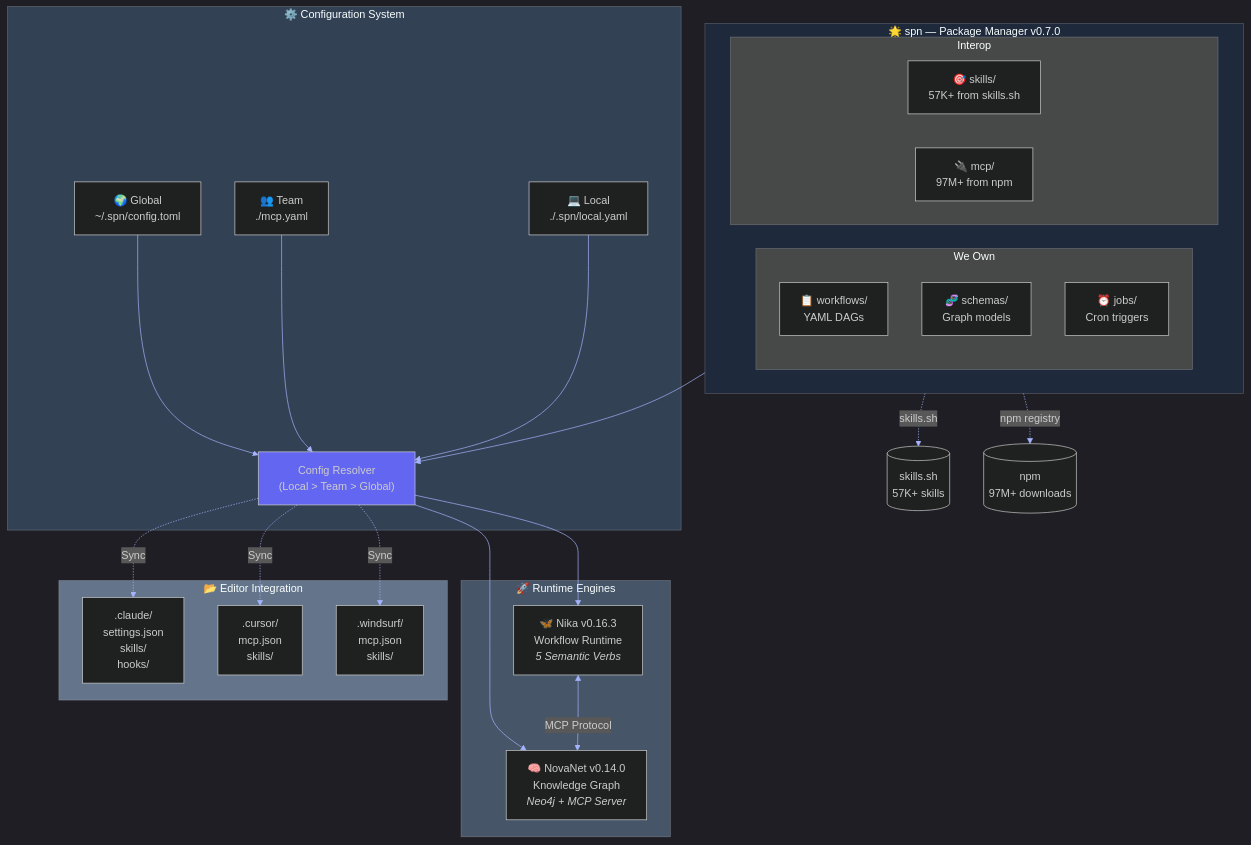
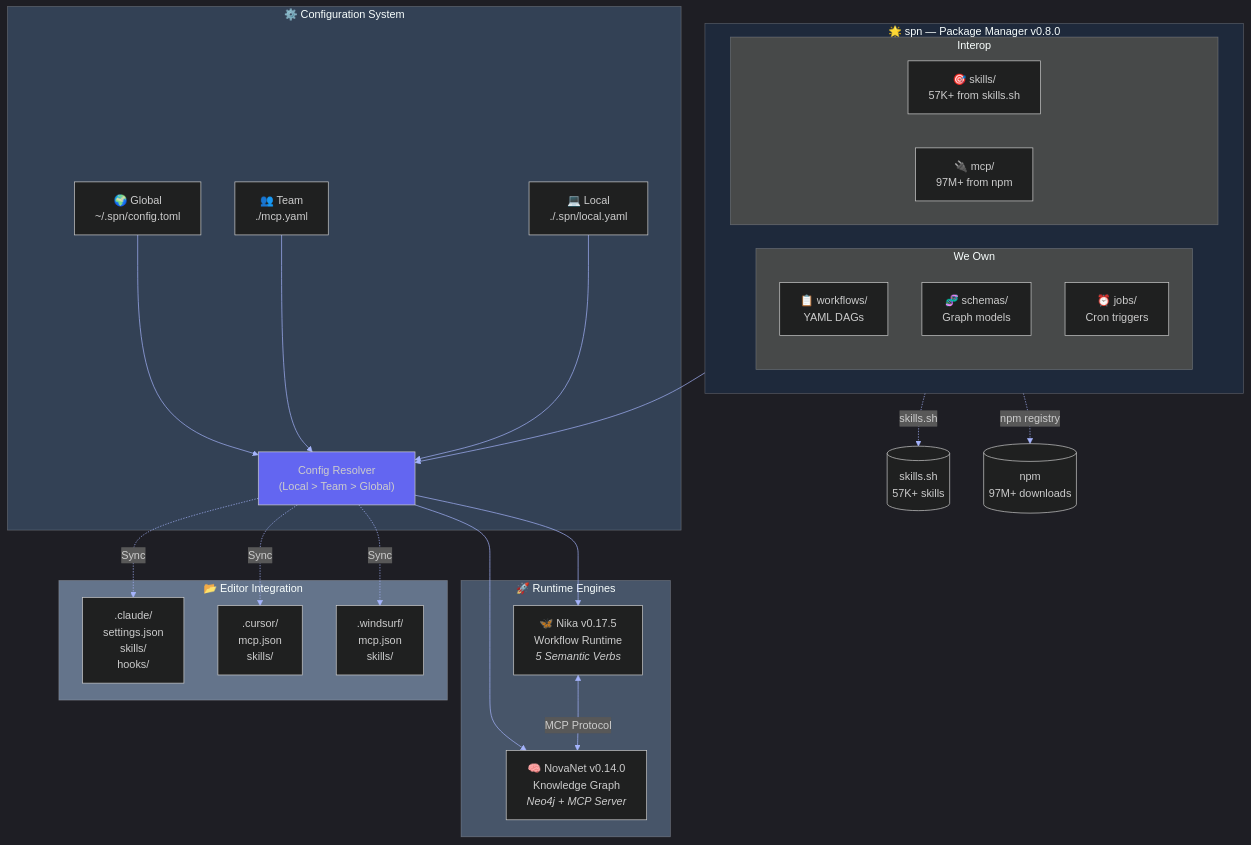
Before and after one commit to supernovae-st/supernovae-cli: the seventh of 7 diagrams in README.md, drawn with Mermaid. The commit also changed other lines of this file and 2 other files, not shown here.

````diff
--- a/README.md
+++ b/README.md
@@ -1948,56 +2083,56 @@
 ```mermaid
 %%{init: {'theme': 'dark', 'themeVariables': { 'primaryColor': '#6366f1', 'primaryTextColor': '#fff', 'primaryBorderColor': '#818cf8', 'lineColor': '#a5b4fc', 'secondaryColor': '#1e1b4b', 'tertiaryColor': '#312e81'}}}%%
 flowchart TB
-    subgraph SPN["🌟 spn — Package Manager v0.7.0"]
+    subgraph SPN["🌟 spn — Package Manager v0.8.0"]
         direction LR
         subgraph OWNED["We Own"]
             W["📋 workflows/<br/>YAML DAGs"]
             S["🧬 schemas/<br/>Graph models"]
             J["⏰ jobs/<br/>Cron triggers"]
         end
         subgraph INTEROP["Interop"]
             SK["🎯 skills/<br/>57K+ from skills.sh"]
             MCP["🔌 mcp/<br/>97M+ from npm"]
         end
     end
 
     subgraph CONFIG["⚙️ Configuration System"]
         GLOBAL["🌍 Global<br/>~/.spn/config.toml"]
         TEAM["👥 Team<br/>./mcp.yaml"]
         LOCAL["💻 Local<br/>./.spn/local.yaml"]
         RESOLVER["Config Resolver<br/>(Local > Team > Global)"]
 
         GLOBAL --> RESOLVER
         TEAM --> RESOLVER
         LOCAL --> RESOLVER
     end
 
     subgraph RUNTIME["🚀 Runtime Engines"]
-        NIKA["🦋 Nika v0.16.3<br/>Workflow Runtime<br/><i>5 Semantic Verbs</i>"]
+        NIKA["🦋 Nika v0.17.5<br/>Workflow Runtime<br/><i>5 Semantic Verbs</i>"]
         NOVANET["🧠 NovaNet v0.14.0<br/>Knowledge Graph<br/><i>Neo4j + MCP Server</i>"]
     end
 
     subgraph EDITORS["📂 Editor Integration"]
         CLAUDE[".claude/<br/>settings.json<br/>skills/<br/>hooks/"]
         CURSOR[".cursor/<br/>mcp.json<br/>skills/"]
         WINDSURF[".windsurf/<br/>mcp.json<br/>skills/"]
     end
 
     SPN --> RESOLVER
     RESOLVER --> NIKA
     RESOLVER --> NOVANET
     NIKA <-->|MCP Protocol| NOVANET
 
     RESOLVER -.->|Sync| CLAUDE
     RESOLVER -.->|Sync| CURSOR
     RESOLVER -.->|Sync| WINDSURF
 
     SK -.-> |"skills.sh"| SKILLS[(skills.sh<br/>57K+ skills)]
     MCP -.-> |"npm registry"| NPM[(npm<br/>97M+ downloads)]
 
     style SPN fill:#1e293b
     style CONFIG fill:#334155
     style RUNTIME fill:#475569
     style EDITORS fill:#64748b
     style RESOLVER fill:#6366f1
 ```
````
